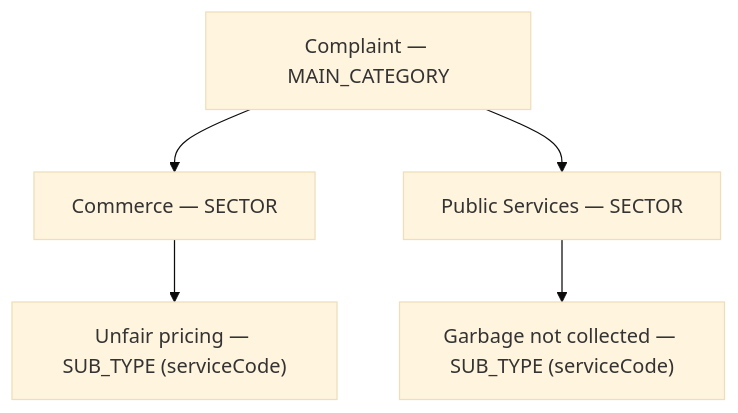
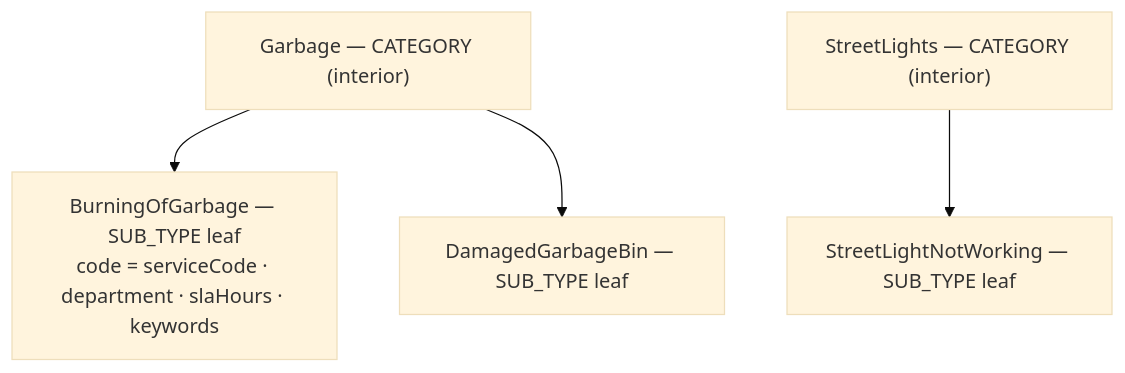
The third of 5 diagrams in docs/complaint-hierarchy-feature.md (egovernments/Citizen-Complaint-Resolution-System), drawn with Mermaid (base theme) before and after one commit. The commit also changed other lines of this file and 2 other files, not shown here.

Commit message:
docs: complaint hierarchy feature + design + rework plan

````diff
--- a/docs/complaint-hierarchy-feature.md
+++ b/docs/complaint-hierarchy-feature.md
@@ -62,7 +65,6 @@
 ```mermaid
 flowchart TD
-  C["Complaint — MAIN_CATEGORY"] --> S1["Commerce — SECTOR"]
-  C --> S2["Public Services — SECTOR"]
-  S1 --> L1["Unfair pricing — SUB_TYPE (serviceCode)"]
-  S2 --> L2["Garbage not collected — SUB_TYPE (serviceCode)"]
+  C["Garbage — CATEGORY (interior)"] --> L1["BurningOfGarbage — SUB_TYPE leaf<br/>code = serviceCode · department · slaHours · keywords"]
+  C --> L2["DamagedGarbageBin — SUB_TYPE leaf"]
+  S["StreetLights — CATEGORY (interior)"] --> L3["StreetLightNotWorking — SUB_TYPE leaf"]
 ```
````
